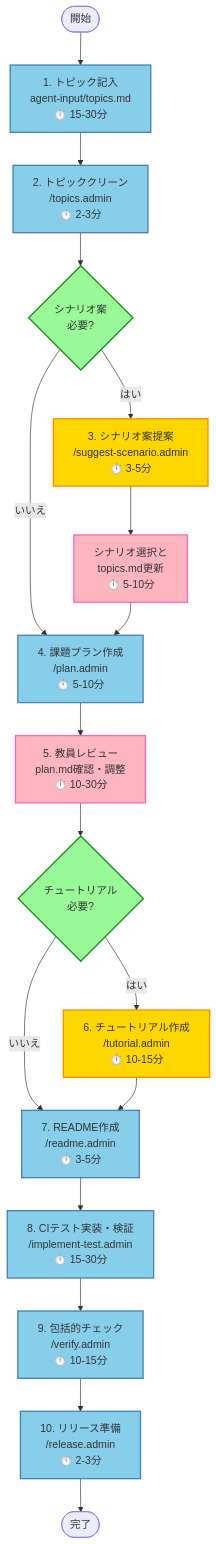
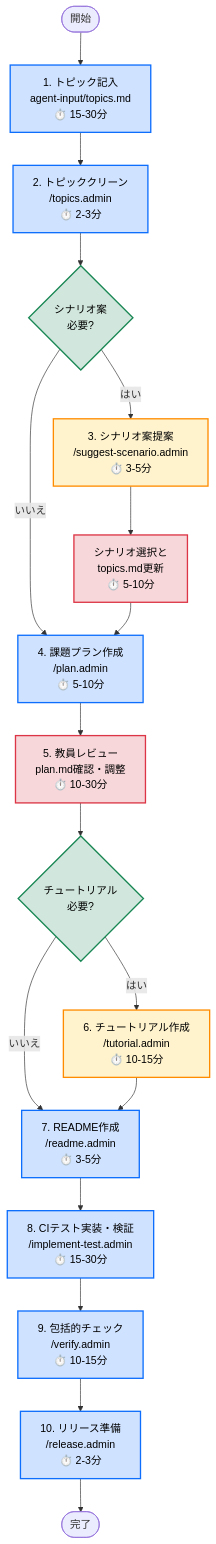
One commit to mito-ac-25class/Meta-Template-for-Assignment changed the diagram in README.md. Above: the diagram before and after it, drawn with Mermaid.

Commit message:
Improve Mermaid color contrast with black text on pastel backgrounds

````diff
--- a/README.md
+++ b/README.md
@@ -66,35 +66,35 @@
 ```mermaid
 flowchart TD
     Start([開始]) --> Step1[1. トピック記入<br/>agent-input/topics.md<br/>⏱️ 15-30分]
     Step1 --> Step2[2. トピッククリーン<br/>/topics.admin<br/>⏱️ 2-3分]
     Step2 --> Optional1{シナリオ案<br/>必要?}
     
     Optional1 -->|はい| Step3[3. シナリオ案提案<br/>/suggest-scenario.admin<br/>⏱️ 3-5分]
     Optional1 -->|いいえ| Step4
     Step3 --> Step3Review[シナリオ選択と<br/>topics.md更新<br/>⏱️ 5-10分]
     Step3Review --> Step4
     
     Step4[4. 課題プラン作成<br/>/plan.admin<br/>⏱️ 5-10分]
     Step4 --> Step5[5. 教員レビュー<br/>plan.md確認・調整<br/>⏱️ 10-30分]
     
     Step5 --> Optional2{チュートリアル<br/>必要?}
     Optional2 -->|はい| Step6[6. チュートリアル作成<br/>/tutorial.admin<br/>⏱️ 10-15分]
     Optional2 -->|いいえ| Step7
     Step6 --> Step7
     
     Step7[7. README作成<br/>/readme.admin<br/>⏱️ 3-5分]
     Step7 --> Step8[8. CIテスト実装・検証<br/>/implement-test.admin<br/>⏱️ 15-30分]
     Step8 --> Step9[9. 包括的チェック<br/>/verify.admin<br/>⏱️ 10-15分]
     Step9 --> Step10[10. リリース準備<br/>/release.admin<br/>⏱️ 2-3分]
     Step10 --> End([完了])
     
-    classDef optionalStep fill:#ffd700,stroke:#ff8c00,stroke-width:2px
-    classDef requiredStep fill:#87ceeb,stroke:#4682b4,stroke-width:2px
-    classDef reviewStep fill:#ffb6c1,stroke:#ff69b4,stroke-width:2px
-    classDef decisionStep fill:#98fb98,stroke:#228b22,stroke-width:2px
+    classDef optionalStep fill:#fff3cd,stroke:#ff8c00,stroke-width:2px,color:#000
+    classDef requiredStep fill:#cfe2ff,stroke:#0d6efd,stroke-width:2px,color:#000
+    classDef reviewStep fill:#f8d7da,stroke:#dc3545,stroke-width:2px,color:#000
+    classDef decisionStep fill:#d1e7dd,stroke:#198754,stroke-width:2px,color:#000
     
     class Step3,Step6 optionalStep
     class Step1,Step2,Step4,Step7,Step8,Step9,Step10 requiredStep
     class Step5,Step3Review reviewStep
     class Optional1,Optional2 decisionStep
 ```
````
